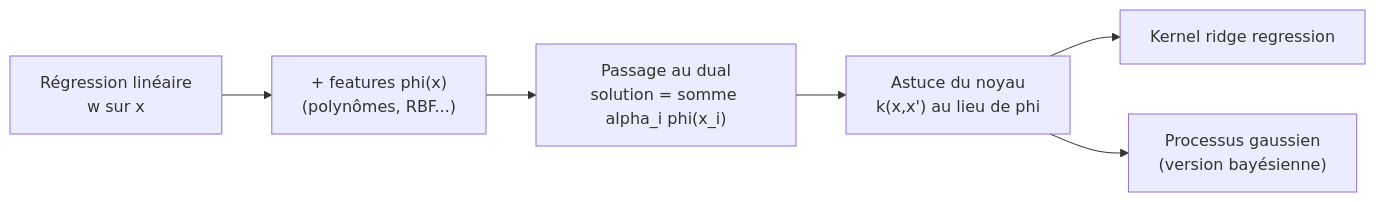
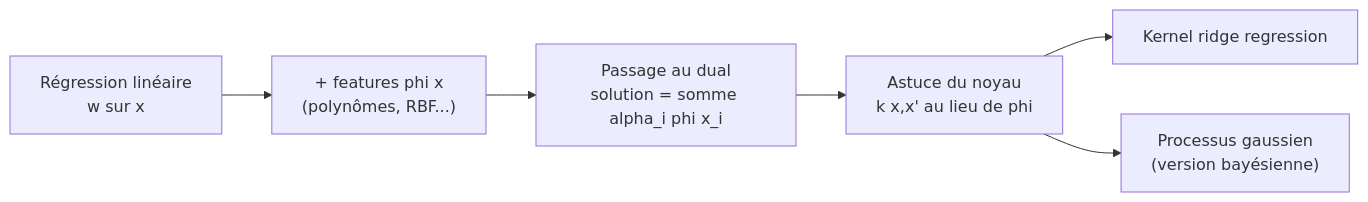
One commit to tanguychenier/Mathematiques-pour-le-Machine-Learning changed the fourth of 4 diagrams in chapitres/09-regression-lineaire.md. Above: the diagram before and after it, drawn with Mermaid. The commit also changed other lines of this file and 6 other files, not shown here.

Commit message:
fix: repair Mermaid diagrams (drop function-call parens and asterisks from labels)

````diff
--- a/chapitres/09-regression-lineaire.md
+++ b/chapitres/09-regression-lineaire.md
@@ -755,8 +755,8 @@
 ```mermaid
 flowchart LR
-    A["Régression linéaire<br/>w sur x"] --> B["+ features phi(x)<br/>(polynômes, RBF...)"]
-    B --> C["Passage au dual<br/>solution = somme alpha_i phi(x_i)"]
-    C --> D["Astuce du noyau<br/>k(x,x') au lieu de phi"]
+    A["Régression linéaire<br/>w sur x"] --> B["+ features phi x<br/>(polynômes, RBF...)"]
+    B --> C["Passage au dual<br/>solution = somme alpha_i phi x_i"]
+    C --> D["Astuce du noyau<br/>k x,x' au lieu de phi"]
     D --> E["Kernel ridge regression"]
     D --> F["Processus gaussien<br/>(version bayésienne)"]
 ```
````
